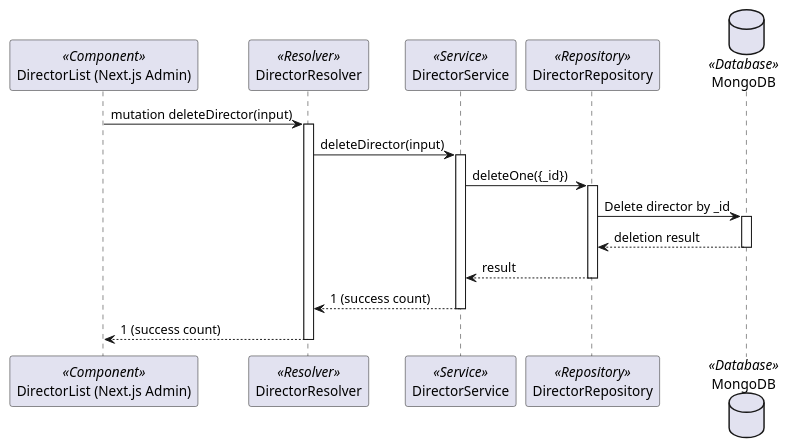
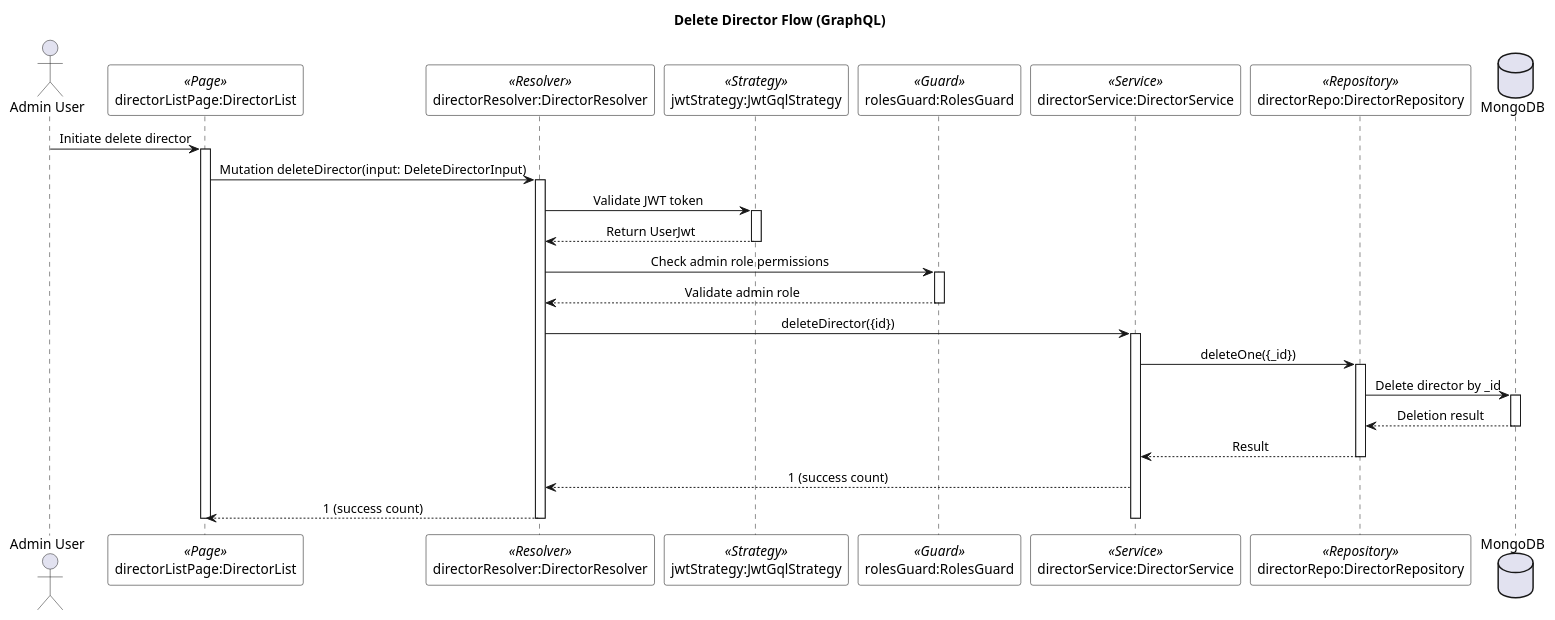
The diagram in documents/diagram/sequences/directors/delete-director.puml (lehuygiang28/vphim), drawn with PlantUML before and after one commit. The commit also changed 5 other files, not shown here.

First line of the commit message:
refactor(diagrams/sequences/directors): 🛠️ update director management flow diagrams

```diff
--- a/documents/diagram/sequences/directors/delete-director.puml
+++ b/documents/diagram/sequences/directors/delete-director.puml
@@ -1,27 +1,56 @@
 @startuml Delete Director Flow
 
-' Stereotypes: <<Component>>, <<Resolver>>, <<Service>>, <<Repository>>, <<Database>>
-participant "DirectorList (Next.js Admin)" as DirectorList <<Component>>
-participant "DirectorResolver" as Resolver <<Resolver>>
-participant "DirectorService" as Service <<Service>>
-participant "DirectorRepository" as Repository <<Repository>>
-database "MongoDB" as DB <<Database>>
+skinparam SequenceMessageAlignment center
+skinparam SequenceBoxBackgroundColor white
+skinparam SequenceBoxBorderColor black
+skinparam NoteBackgroundColor lightyellow
+skinparam NoteBorderColor black
+skinparam ParticipantBackgroundColor white
+skinparam ParticipantBorderColor black
 
-DirectorList -> Resolver: mutation deleteDirector(input)
-activate Resolver
-Resolver -> Service: deleteDirector(input)
-activate Service
-Service -> Repository: deleteOne({_id})
-activate Repository
-Repository -> DB: Delete director by _id
-activate DB
-DB --> Repository: deletion result
-deactivate DB
-Repository --> Service: result
-deactivate Repository
-Service --> Resolver: 1 (success count)
-deactivate Service
-Resolver --> DirectorList: 1 (success count)
-deactivate Resolver
+title Delete Director Flow (GraphQL)
+
+actor "Admin User" as adminUser
+participant "directorListPage:DirectorList" as directorListPage <<Page>>
+participant "directorResolver:DirectorResolver" as directorResolver <<Resolver>>
+participant "jwtStrategy:JwtGqlStrategy" as jwtStrategy <<Strategy>>
+participant "rolesGuard:RolesGuard" as rolesGuard <<Guard>>
+participant "directorService:DirectorService" as directorService <<Service>>
+participant "directorRepo:DirectorRepository" as directorRepo <<Repository>>
+database "MongoDB" as mongoDB
+
+adminUser -> directorListPage : Initiate delete director
+activate directorListPage
+
+directorListPage -> directorResolver : Mutation deleteDirector(input: DeleteDirectorInput)
+activate directorResolver
+
+directorResolver -> jwtStrategy : Validate JWT token
+activate jwtStrategy
+jwtStrategy --> directorResolver : Return UserJwt
+deactivate jwtStrategy
+
+directorResolver -> rolesGuard : Check admin role permissions
+activate rolesGuard
+rolesGuard --> directorResolver : Validate admin role
+deactivate rolesGuard
+
+directorResolver -> directorService : deleteDirector({id})
+activate directorService
+
+directorService -> directorRepo : deleteOne({_id})
+activate directorRepo
+directorRepo -> mongoDB : Delete director by _id
+activate mongoDB
+mongoDB --> directorRepo : Deletion result
+deactivate mongoDB
+directorRepo --> directorService : Result
+deactivate directorRepo
+
+directorService --> directorResolver : 1 (success count)
+directorResolver --> directorListPage : 1 (success count)
+deactivate directorService
+deactivate directorResolver
+deactivate directorListPage
 
 @enduml
```
